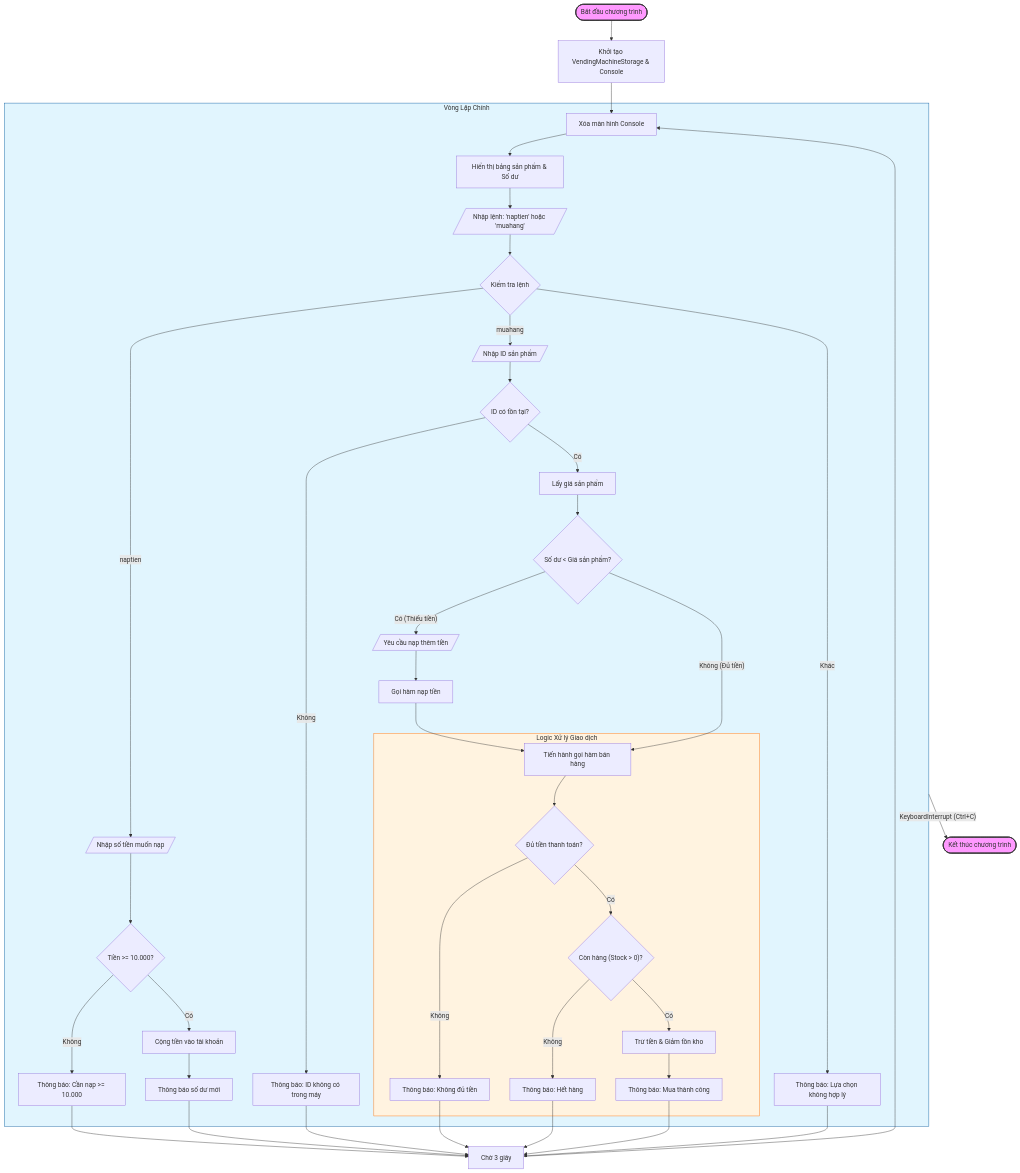
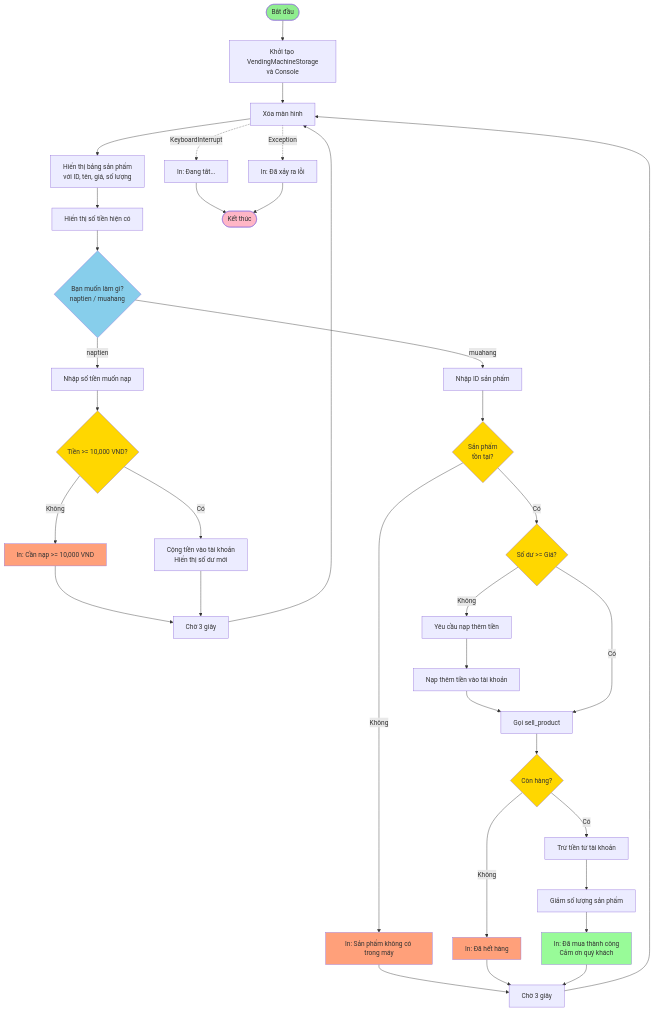
The diagram in readme.md (cailogang/VendingMachine), drawn with Mermaid before and after one commit.

Commit message:
refactor: update flowchart for improved clarity and structure

````diff
--- a/readme.md
+++ b/readme.md
@@ -204,65 +204,55 @@
 ```mermaid
 flowchart TD
-    Start([Bắt đầu chương trình]) --> Init[Khởi tạo VendingMachineStorage & Console]
-    Init --> ClearScreen[Xóa màn hình Console]
+    Start([Bắt đầu]) --> Init[Khởi tạo VendingMachineStorage<br/>và Console]
+    Init --> Clear[Xóa màn hình]
+    Clear --> Display[Hiển thị bảng sản phẩm<br/>với ID, tên, giá, số lượng]
+    Display --> ShowMoney[Hiển thị số tiền hiện có]
+    ShowMoney --> Prompt{Bạn muốn làm gì?<br/>naptien / muahang}
     
-    subgraph Main_Loop [Vòng Lặp Chính]
-        ClearScreen --> DisplayTable[Hiển thị bảng sản phẩm & Số dư]
-        DisplayTable --> PromptAction[/Nhập lệnh: 'naptien' hoặc 'muahang'/]
-        
-        PromptAction --> CheckAction{Kiểm tra lệnh}
-        
-        %% Nhánh Nạp tiền
-        CheckAction -- "naptien" --> InputMoney[/Nhập số tiền muốn nạp/]
-        InputMoney --> CheckMinMoney{Tiền >= 10.000?}
-        CheckMinMoney -- Không --> ErrMoney[Thông báo: Cần nạp >= 10.000]
-        CheckMinMoney -- Có --> AddBalance[Cộng tiền vào tài khoản]
-        AddBalance --> PrintBalance[Thông báo số dư mới]
-        
-        %% Nhánh Mua hàng
-        CheckAction -- "muahang" --> InputID[/Nhập ID sản phẩm/]
-        InputID --> CheckIDExists{ID có tồn tại?}
-        CheckIDExists -- Không --> ErrID[Thông báo: ID không có trong máy]
-        
-        CheckIDExists -- Có --> GetPrice[Lấy giá sản phẩm]
-        GetPrice --> CheckBalanceMain{Số dư < Giá sản phẩm?}
-        
-        %% Logic nạp thêm tiền nếu thiếu (trong main.py)
-        CheckBalanceMain -- "Có (Thiếu tiền)" --> PromptAddMore[/Yêu cầu nạp thêm tiền/]
-        PromptAddMore --> CallNapTien[Gọi hàm nạp tiền]
-        CallNapTien --> AttemptSell[Tiến hành gọi hàm bán hàng]
-        CheckBalanceMain -- "Không (Đủ tiền)" --> AttemptSell
-        
-        %% Logic bên trong hàm sell_product (storage.py)
-        subgraph Sell_Logic [Logic Xử lý Giao dịch]
-            AttemptSell --> CheckMoneyFinal{Đủ tiền thanh toán?}
-            CheckMoneyFinal -- Không --> ErrNotEnough[Thông báo: Không đủ tiền]
-            CheckMoneyFinal -- Có --> CheckStock{"Còn hàng (Stock > 0)"?}
-            CheckStock -- Không --> ErrStock[Thông báo: Hết hàng]
-            CheckStock -- Có --> Deduct[Trừ tiền & Giảm tồn kho]
-            Deduct --> Success[Thông báo: Mua thành công]
-        end
-        
-        %% Nhánh Sai lệnh
-        CheckAction -- Khác --> ErrCmd[Thông báo: Lựa chọn không hợp lý]
-    end
-
-    %% Kết thúc vòng lặp
-    ErrMoney --> Sleep[Chờ 3 giây]
-    PrintBalance --> Sleep
-    ErrID --> Sleep
-    ErrNotEnough --> Sleep
-    ErrStock --> Sleep
-    Success --> Sleep
-    ErrCmd --> Sleep
+    Prompt -->|naptien| InputMoney[Nhập số tiền muốn nạp]
+    InputMoney --> CheckMinMoney{Tiền >= 10,000 VND?}
+    CheckMinMoney -->|Có| AddMoney[Cộng tiền vào tài khoản<br/>Hiển thị số dư mới]
+    CheckMinMoney -->|Không| ErrorMin[In: Cần nạp >= 10,000 VND]
+    ErrorMin --> Wait1[Chờ 3 giây]
+    AddMoney --> Wait1
     
-    Sleep --> ClearScreen
-
-    %% Xử lý thoát
-    Main_Loop -- "KeyboardInterrupt (Ctrl+C)" --> End([Kết thúc chương trình])
-
-    style Start fill:#f9f,stroke:#333,stroke-width:2px
-    style End fill:#f9f,stroke:#333,stroke-width:2px
-    style Main_Loop fill:#e1f5fe,stroke:#01579b
-    style Sell_Logic fill:#fff3e0,stroke:#ff6f00
+    Prompt -->|muahang| InputID[Nhập ID sản phẩm]
+    InputID --> CheckExists{Sản phẩm<br/>tồn tại?}
+    CheckExists -->|Không| ErrorNotFound[In: Sản phẩm không có trong máy]
+    ErrorNotFound --> Wait2[Chờ 3 giây]
+    
+    CheckExists -->|Có| CheckBalance{Số dư >= Giá?}
+    CheckBalance -->|Không| AskMoreMoney[Yêu cầu nạp thêm tiền]
+    AskMoreMoney --> AddMoreMoney[Nạp thêm tiền vào tài khoản]
+    AddMoreMoney --> ProcessSell
+    
+    CheckBalance -->|Có| ProcessSell[Gọi sell_product]
+    ProcessSell --> CheckStock{Còn hàng?}
+    CheckStock -->|Không| ErrorStock[In: Đã hết hàng]
+    ErrorStock --> Wait2
+    
+    CheckStock -->|Có| DeductMoney[Trừ tiền từ tài khoản]
+    DeductMoney --> DeductStock[Giảm số lượng sản phẩm]
+    DeductStock --> Success[In: Đã mua thành công<br/>Cảm ơn quý khách]
+    Success --> Wait2
+    
+    Wait1 --> Clear
+    Wait2 --> Clear
+    
+    Clear -.->|KeyboardInterrupt| Exit1[In: Đang tắt...]
+    Clear -.->|Exception| Exit2[In: Đã xảy ra lỗi]
+    Exit1 --> End([Kết thúc])
+    Exit2 --> End
+    
+    style Start fill:#90EE90
+    style End fill:#FFB6C6
+    style Prompt fill:#87CEEB
+    style CheckExists fill:#FFD700
+    style CheckBalance fill:#FFD700
+    style CheckStock fill:#FFD700
+    style CheckMinMoney fill:#FFD700
+    style Success fill:#98FB98
+    style ErrorNotFound fill:#FFA07A
+    style ErrorStock fill:#FFA07A
+    style ErrorMin fill:#FFA07A
 ```
````
